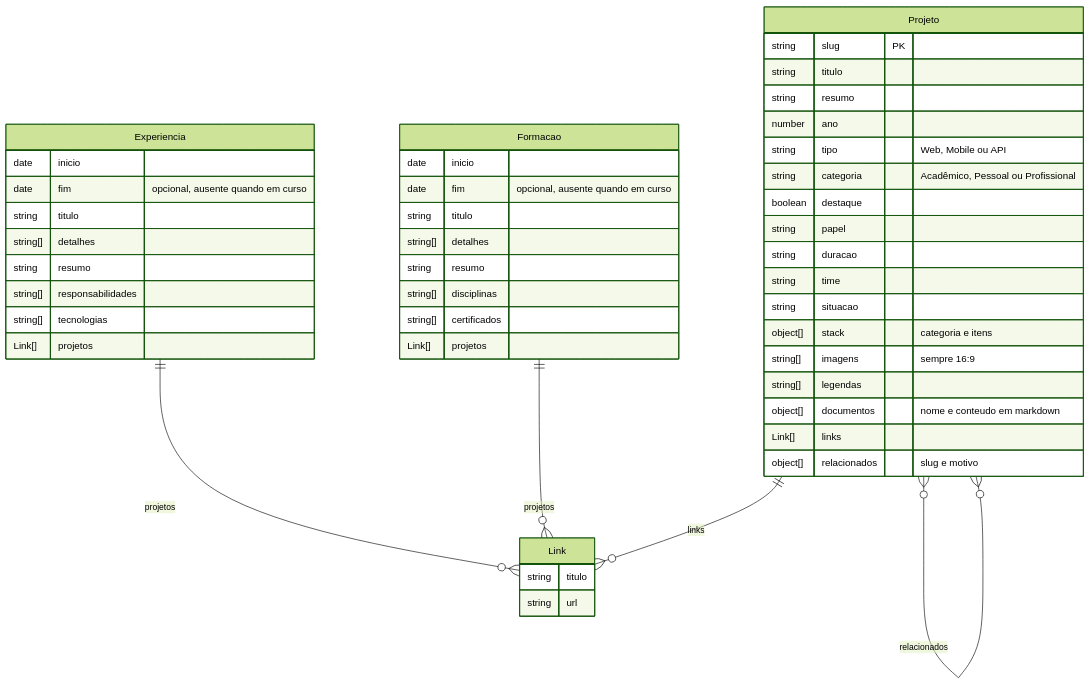
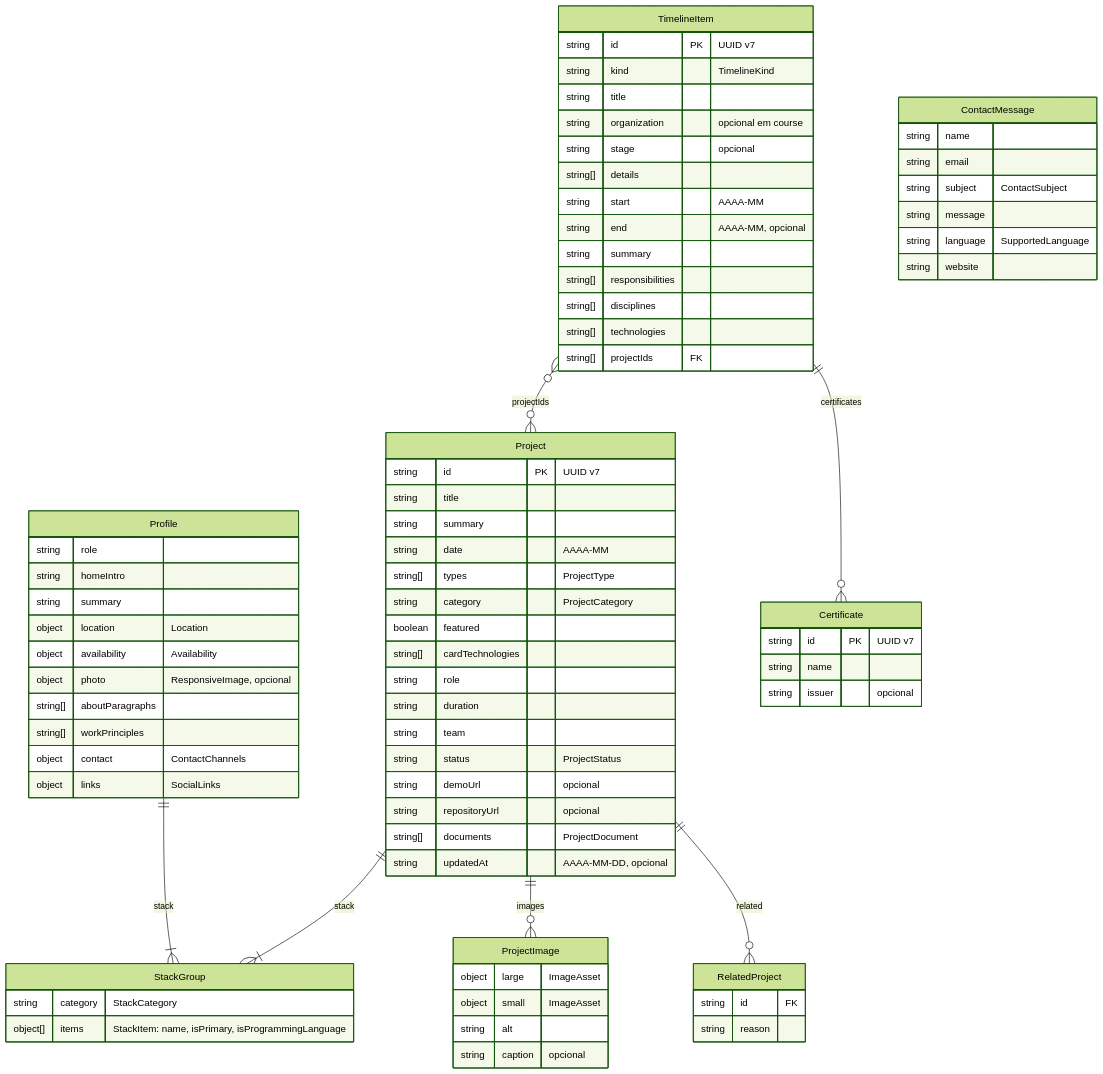
One commit to felipe-sant/portfolio-frontend changed the diagram in docs/diagrams/entity.md. Above: the diagram before and after it, drawn with Mermaid (forest theme). The commit also changed other lines of this file, not shown here.

Commit message:
Docs :bulb: [#10] Atualiza o diagrama de entidades para o modelo de dados

````diff
--- a/docs/diagrams/entity.md
+++ b/docs/diagrams/entity.md
@@ -20,54 +27,89 @@
 ```mermaid
 erDiagram
-    Projeto ||--o{ Link : "links"
-    Experiencia ||--o{ Link : "projetos"
-    Formacao ||--o{ Link : "projetos"
-    Projeto }o--o{ Projeto : "relacionados"
+    Profile ||--|{ StackGroup : "stack"
+    Project ||--|{ StackGroup : "stack"
+    TimelineItem ||--o{ Certificate : "certificates"
+    TimelineItem }o--o{ Project : "projectIds"
+    Project ||--o{ ProjectImage : "images"
+    Project ||--o{ RelatedProject : "related"
 
-    Projeto {
-        string slug PK
-        string titulo
-        string resumo
-        number ano
-        string tipo "Web, Mobile ou API"
-        string categoria "Acadêmico, Pessoal ou Profissional"
-        boolean destaque
-        string papel
-        string duracao
-        string time
-        string situacao
-        object[] stack "categoria e itens"
-        string[] imagens "sempre 16:9"
-        string[] legendas
-        object[] documentos "nome e conteudo em markdown"
-        Link[] links
-        object[] relacionados "slug e motivo"
+    Profile {
+        string role
+        string homeIntro
+        string summary
+        object location "Location"
+        object availability "Availability"
+        object photo "ResponsiveImage, opcional"
+        string[] aboutParagraphs
+        string[] workPrinciples
+        object contact "ContactChannels"
+        object links "SocialLinks"
     }
 
-    Experiencia {
-        date inicio
-        date fim "opcional, ausente quando em curso"
-        string titulo
-        string[] detalhes
-        string resumo
-        string[] responsabilidades
-        string[] tecnologias
-        Link[] projetos
+    StackGroup {
+        string category "StackCategory"
+        object[] items "StackItem: name, isPrimary, isProgrammingLanguage"
     }
 
-    Formacao {
-        date inicio
-        date fim "opcional, ausente quando em curso"
-        string titulo
-        string[] detalhes
-        string resumo
-        string[] disciplinas
-        string[] certificados
-        Link[] projetos
+    TimelineItem {
+        string id PK "UUID v7"
+        string kind "TimelineKind"
+        string title
+        string organization "opcional em course"
+        string stage "opcional"
+        string[] details
+        string start "AAAA-MM"
+        string end "AAAA-MM, opcional"
+        string summary
+        string[] responsibilities
+        string[] disciplines
+        string[] technologies
+        string[] projectIds FK
     }
 
-    Link {
-        string titulo
-        string url
+    Certificate {
+        string id PK "UUID v7"
+        string name
+        string issuer "opcional"
+    }
+
+    Project {
+        string id PK "UUID v7"
+        string title
+        string summary
+        string date "AAAA-MM"
+        string[] types "ProjectType"
+        string category "ProjectCategory"
+        boolean featured
+        string[] cardTechnologies
+        string role
+        string duration
+        string team
+        string status "ProjectStatus"
+        string demoUrl "opcional"
+        string repositoryUrl "opcional"
+        string[] documents "ProjectDocument"
+        string updatedAt "AAAA-MM-DD, opcional"
+    }
+
+    ProjectImage {
+        object large "ImageAsset"
+        object small "ImageAsset"
+        string alt
+        string caption "opcional"
+    }
+
+    RelatedProject {
+        string id FK
+        string reason
+    }
+
+    ContactMessage {
+        string name
+        string email
+        string subject "ContactSubject"
+        string message
+        string language "SupportedLanguage"
+        string website
     }
 ```
````
